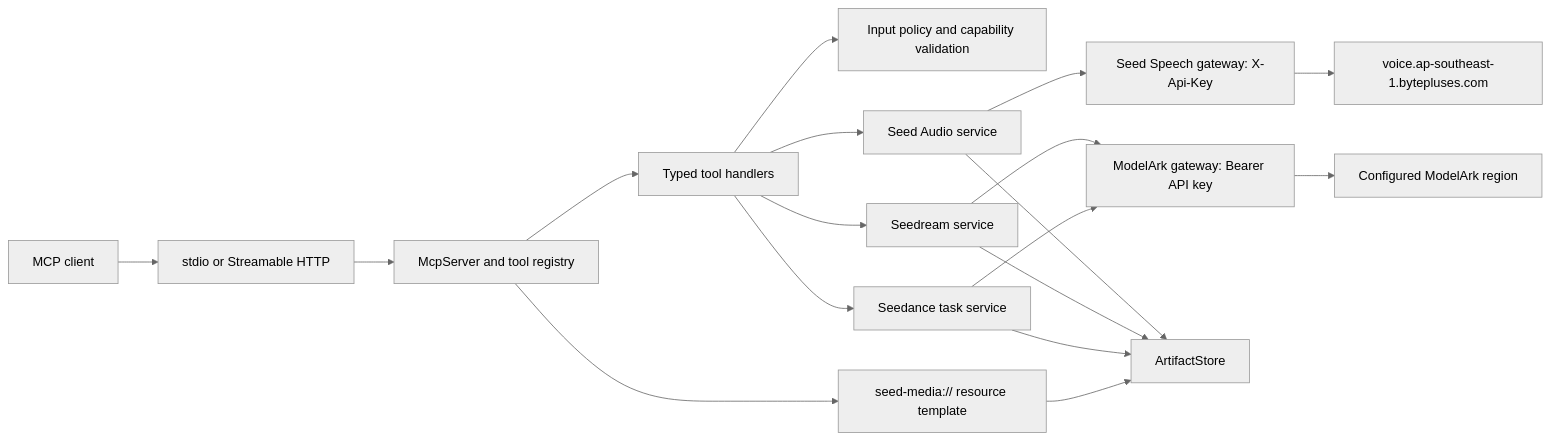
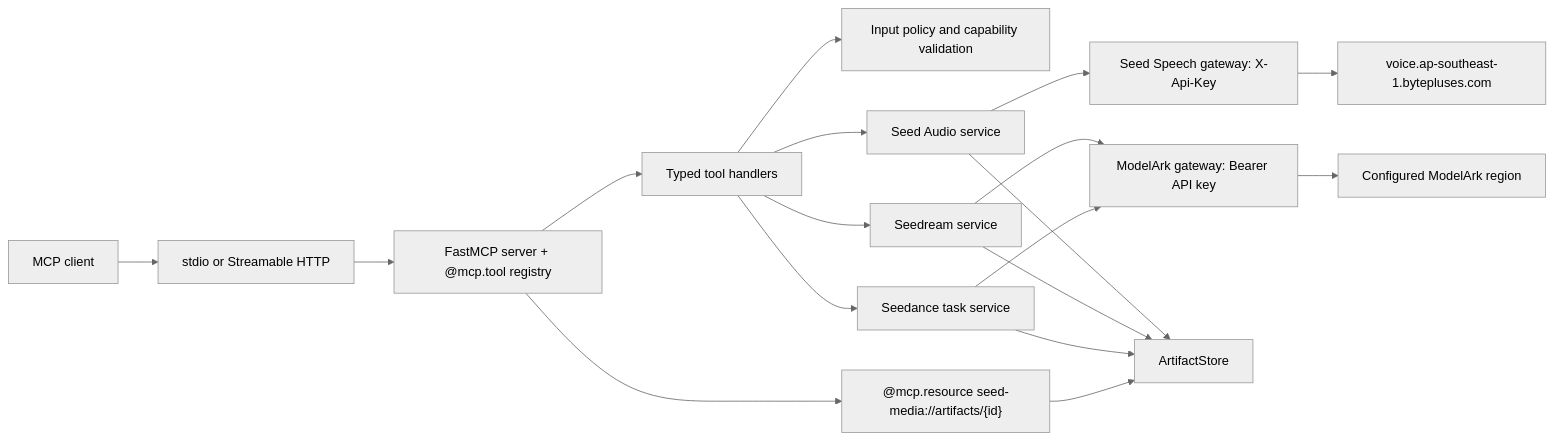
The first of 2 diagrams in plans/PLAN_MODELARK_SEED_MULTIMODAL_MCP.md (byteplus-sa/modelark-mcp), drawn with Mermaid (neutral theme) before and after one commit. The commit also changed other lines of this file and 46 other files, not shown here.

````diff
--- a/plans/PLAN_MODELARK_SEED_MULTIMODAL_MCP.md
+++ b/plans/PLAN_MODELARK_SEED_MULTIMODAL_MCP.md
@@ -158,20 +169,20 @@
 ```mermaid
 flowchart LR
     Client["MCP client"] --> Transport["stdio or Streamable HTTP"]
-    Transport --> Server["McpServer and tool registry"]
+    Transport --> Server["FastMCP server + @mcp.tool registry"]
     Server --> Tools["Typed tool handlers"]
     Tools --> Policy["Input policy and capability validation"]
     Tools --> AudioService["Seed Audio service"]
     Tools --> ImageService["Seedream service"]
     Tools --> VideoService["Seedance task service"]
     AudioService --> SpeechGateway["Seed Speech gateway: X-Api-Key"]
     ImageService --> ModelArkGateway["ModelArk gateway: Bearer API key"]
     VideoService --> ModelArkGateway
     SpeechGateway --> BytePlusSpeech["voice.ap-southeast-1.bytepluses.com"]
     ModelArkGateway --> BytePlusArk["Configured ModelArk region"]
     AudioService --> ArtifactStore["ArtifactStore"]
     ImageService --> ArtifactStore
     VideoService --> ArtifactStore
-    Server --> Resource["seed-media:// resource template"]
+    Server --> Resource["@mcp.resource seed-media://artifacts/{id}"]
     Resource --> ArtifactStore
 ```
````
